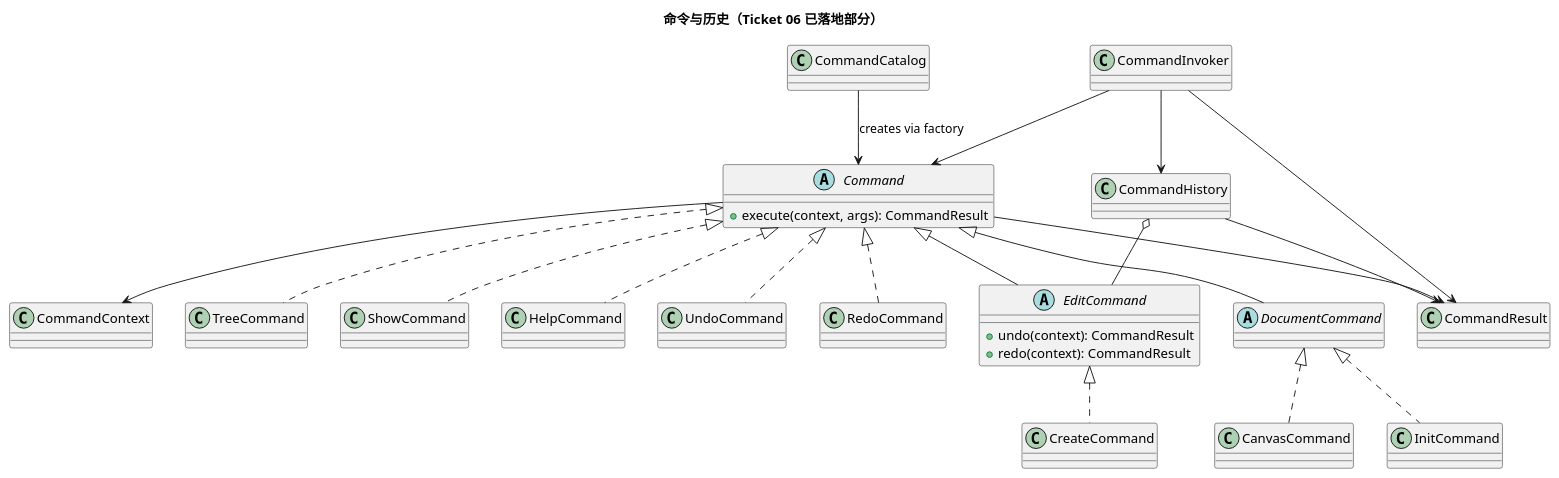
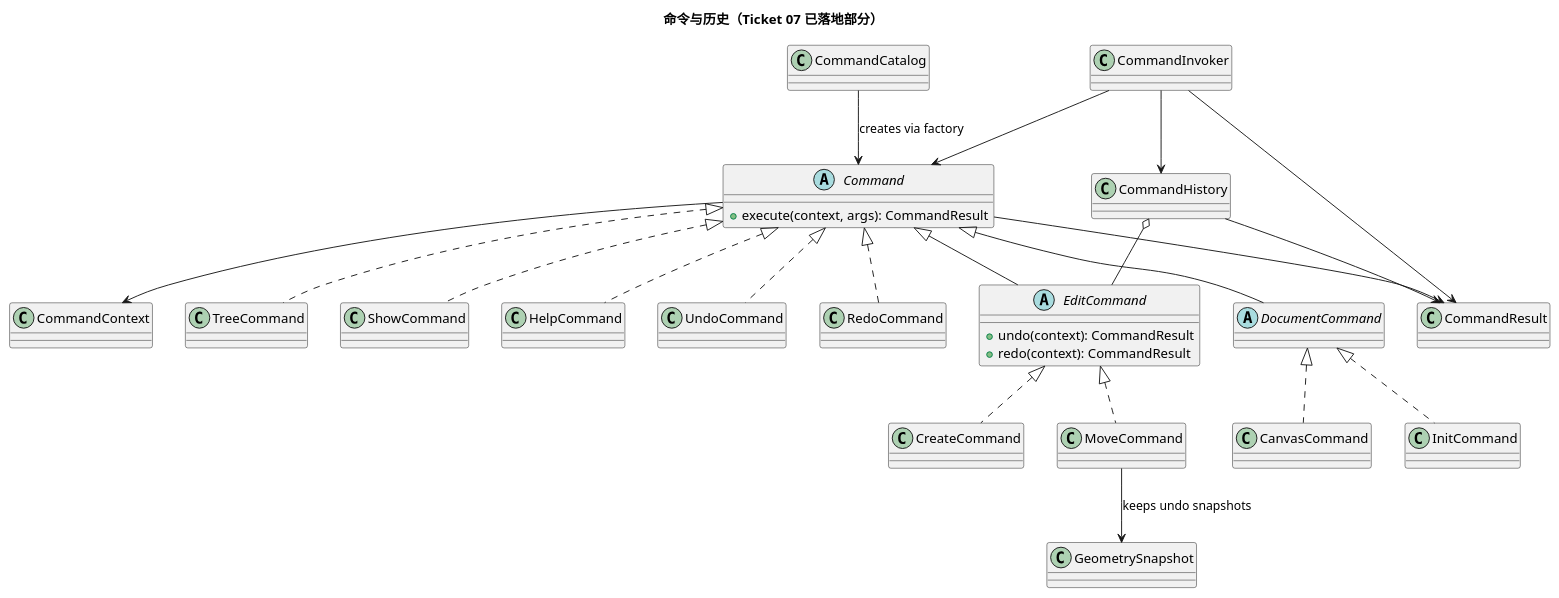
The second of 2 diagrams in doc/class-model.puml (NQC233/svg-editor-lab1), drawn with PlantUML before and after one commit. The commit also changed other lines of this file and 7 other files, not shown here.

Commit message:
docs: record ticket 07 move behavior

```diff
--- a/doc/class-model.puml
+++ b/doc/class-model.puml
@@ -57,49 +68,52 @@
 @startuml
-title 命令与历史（Ticket 06 已落地部分）
+title 命令与历史（Ticket 07 已落地部分）
 
 abstract class Command {
   +execute(context, args): CommandResult
 }
 
 abstract class DocumentCommand
 
 abstract class EditCommand {
   +undo(context): CommandResult
   +redo(context): CommandResult
 }
 
 class CommandResult
 class CommandCatalog
 class CommandInvoker
 class CommandHistory
 class CommandContext
 
 class CreateCommand
+class MoveCommand
 class CanvasCommand
 class InitCommand
 class TreeCommand
 class ShowCommand
 class HelpCommand
 class UndoCommand
 class RedoCommand
 
 Command <|-- EditCommand
 Command <|-- DocumentCommand
 EditCommand <|.. CreateCommand
+EditCommand <|.. MoveCommand
 DocumentCommand <|.. CanvasCommand
 DocumentCommand <|.. InitCommand
 Command <|.. TreeCommand
 Command <|.. ShowCommand
 Command <|.. HelpCommand
 Command <|.. UndoCommand
 Command <|.. RedoCommand
 
 CommandInvoker --> CommandHistory
 CommandInvoker --> Command
 CommandInvoker --> CommandResult
 CommandCatalog --> Command : creates via factory
 CommandHistory o-- EditCommand
 CommandHistory --> CommandResult
 Command --> CommandContext
 Command --> CommandResult
+MoveCommand --> GeometrySnapshot : keeps undo snapshots
 @enduml
```
